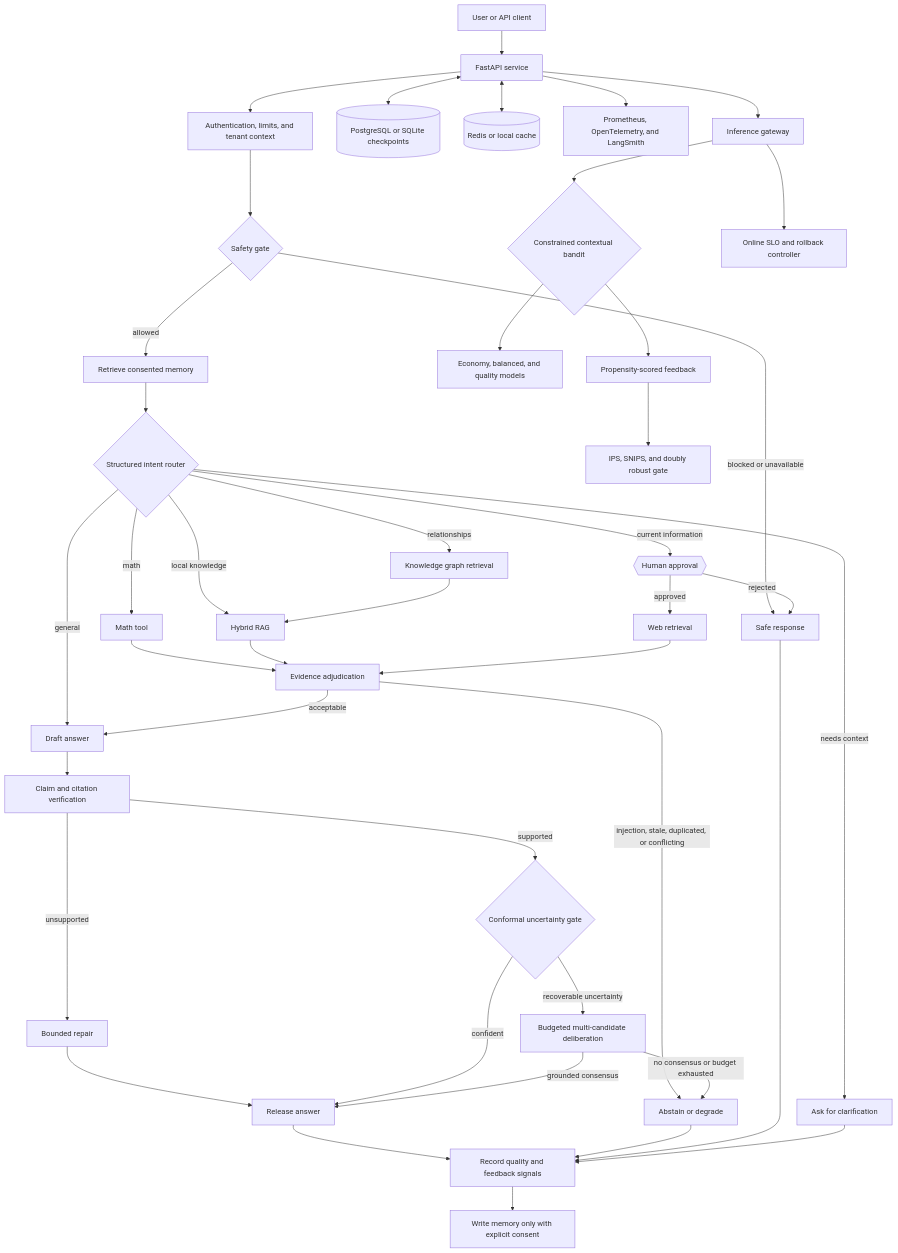
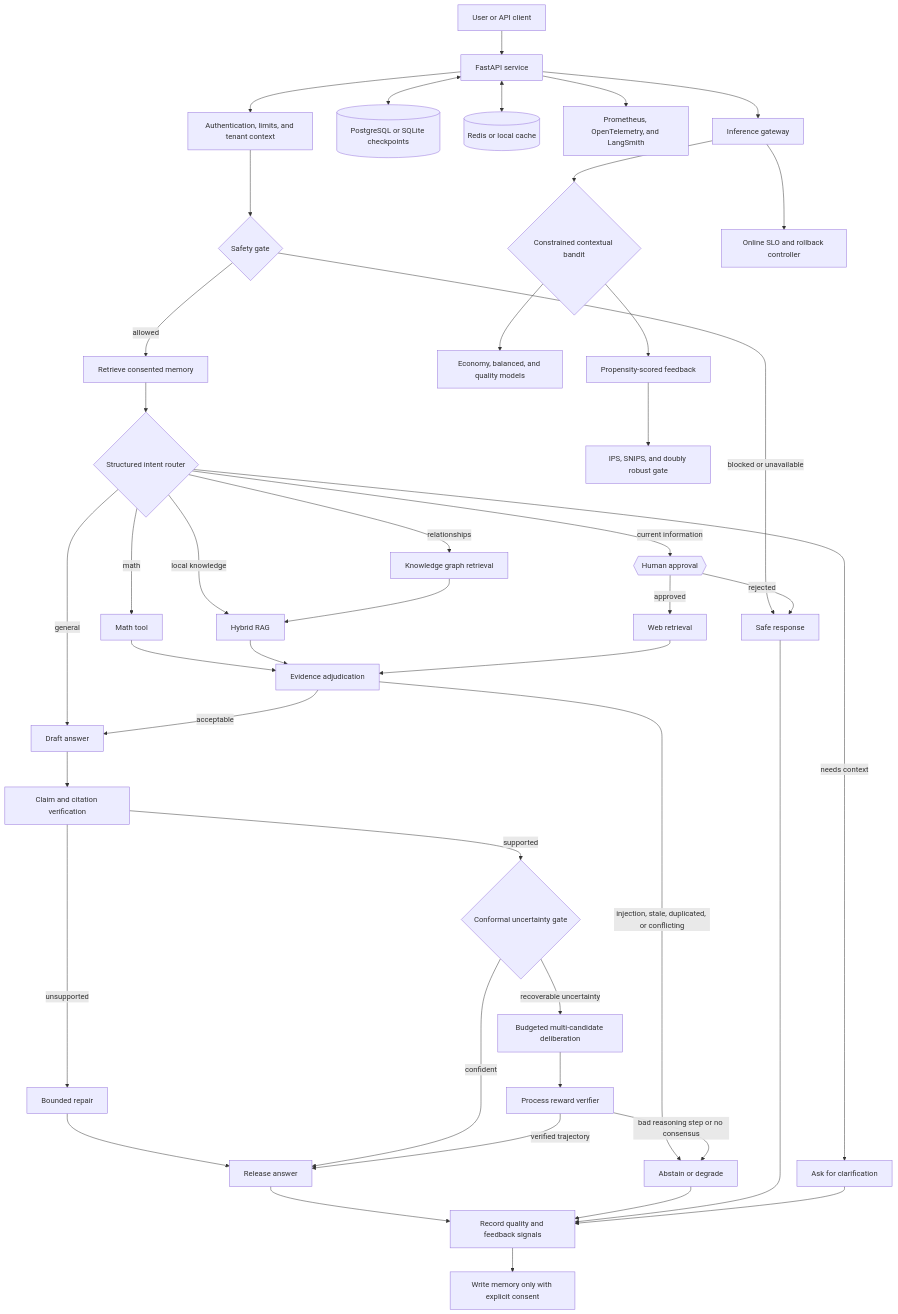
The first of 2 diagrams in README.md (Theepankumargandhi/Multi-Agent-Orchestration), drawn with Mermaid before and after one commit. The commit also changed other lines of this file and 18 other files, not shown here.

Commit message:
feat: add process-supervised trajectory verification

````diff
--- a/README.md
+++ b/README.md
@@ -36,51 +36,52 @@
 ```mermaid
 flowchart TD
     User[User or API client] --> API[FastAPI service]
     API --> Auth[Authentication, limits, and tenant context]
     Auth --> Safety{Safety gate}
 
     Safety -->|blocked or unavailable| Stop[Safe response]
     Safety -->|allowed| Memory[Retrieve consented memory]
     Memory --> Router{Structured intent router}
 
     Router -->|needs context| Clarify[Ask for clarification]
     Router -->|math| Math[Math tool]
     Router -->|local knowledge| RAG[Hybrid RAG]
     Router -->|relationships| Graph[Knowledge graph retrieval]
     Router -->|current information| Approval{{Human approval}}
     Router -->|general| Draft[Draft answer]
 
     Approval -->|approved| Web[Web retrieval]
     Approval -->|rejected| Stop
     Graph --> RAG
     Math --> Evidence
     RAG --> Evidence[Evidence adjudication]
     Web --> Evidence
     Evidence -->|injection, stale, duplicated, or conflicting| Abstain[Abstain or degrade]
     Evidence -->|acceptable| Draft
 
     Draft --> Ground[Claim and citation verification]
     Ground -->|unsupported| Repair[Bounded repair]
     Ground -->|supported| Uncertainty{Conformal uncertainty gate}
     Repair --> Final
     Uncertainty -->|confident| Final[Release answer]
     Uncertainty -->|recoverable uncertainty| Compute[Budgeted multi-candidate deliberation]
-    Compute -->|grounded consensus| Final
-    Compute -->|no consensus or budget exhausted| Abstain
+    Compute --> PRM[Process reward verifier]
+    PRM -->|verified trajectory| Final
+    PRM -->|bad reasoning step or no consensus| Abstain
 
     Final --> Evaluate[Record quality and feedback signals]
     Abstain --> Evaluate
     Stop --> Evaluate
     Clarify --> Evaluate
     Evaluate --> WriteMemory[Write memory only with explicit consent]
 
     API <--> State[(PostgreSQL or SQLite checkpoints)]
     API <--> Cache[(Redis or local cache)]
     API --> Telemetry[Prometheus, OpenTelemetry, and LangSmith]
     API --> Gateway[Inference gateway]
     Gateway --> Bandit{Constrained contextual bandit}
     Bandit --> Models[Economy, balanced, and quality models]
     Bandit --> Feedback[Propensity-scored feedback]
     Feedback --> Offline[IPS, SNIPS, and doubly robust gate]
     Gateway --> Online[Online SLO and rollback controller]
 ```
````
